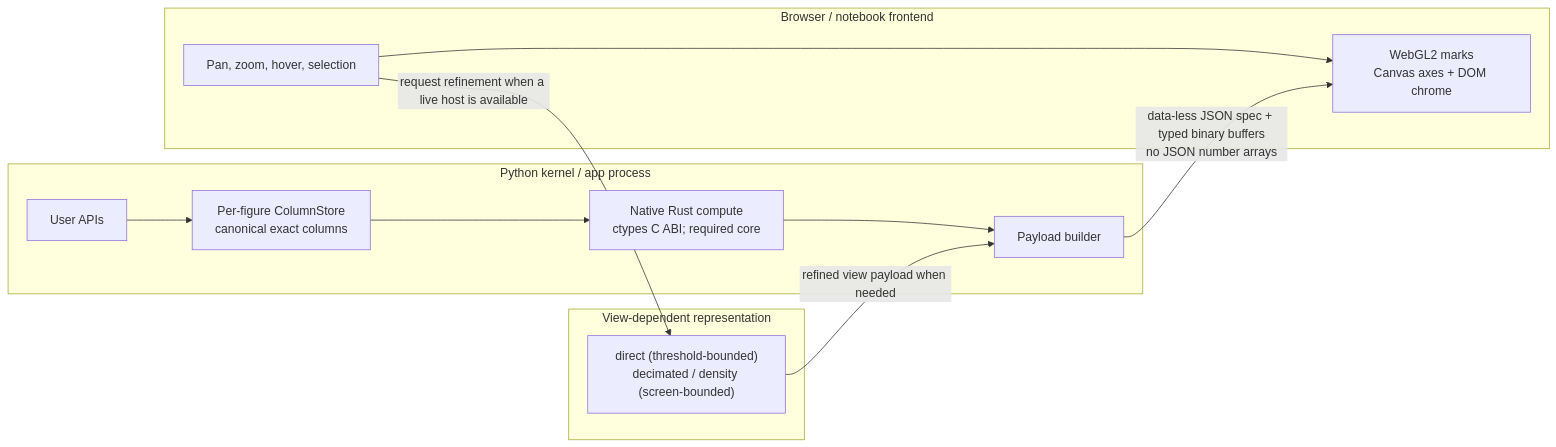
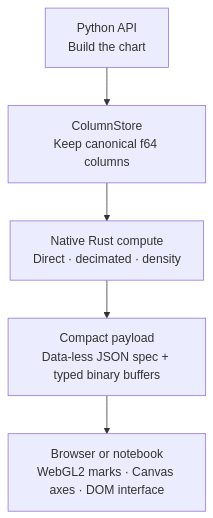
Before and after one commit to reflex-dev/xy: the diagram in README.md, drawn with Mermaid. The commit also changed other lines of this file, not shown here.

Commit message:
Simplify README architecture diagram

````diff
--- a/README.md
+++ b/README.md
@@ -109,19 +109,10 @@
 ```mermaid
-flowchart LR
-    subgraph PY["Python kernel / app process"]
-        API["User APIs"] --> STORE["Per-figure ColumnStore<br/>canonical exact columns"]
-        STORE --> CORE["Native Rust compute<br/>ctypes C ABI; required core"]
-        CORE --> PAYLOAD["Payload builder"]
-    end
-    subgraph UI["Browser / notebook frontend"]
-        RENDER["WebGL2 marks<br/>Canvas axes + DOM chrome"]
-        INPUT["Pan, zoom, hover, selection"]
-        INPUT --> RENDER
-    end
-    subgraph LOD["View-dependent representation"]
-        MODE["direct (threshold-bounded)<br/>decimated / density (screen-bounded)"]
-    end
-    PAYLOAD -- "data-less JSON spec + typed binary buffers<br/>no JSON number arrays" --> RENDER
-    INPUT -- "request refinement when a live host is available" --> MODE
-    MODE -- "refined view payload when needed" --> PAYLOAD
+flowchart TB
+    API["Python API<br/>Build the chart"]
+    STORE["ColumnStore<br/>Keep canonical f64 columns"]
+    CORE["Native Rust compute<br/>Direct · decimated · density"]
+    PAYLOAD["Compact payload<br/>Data-less JSON spec + typed binary buffers"]
+    RENDER["Browser or notebook<br/>WebGL2 marks · Canvas axes · DOM interface"]
+
+    API --> STORE --> CORE --> PAYLOAD --> RENDER
 ```
````
